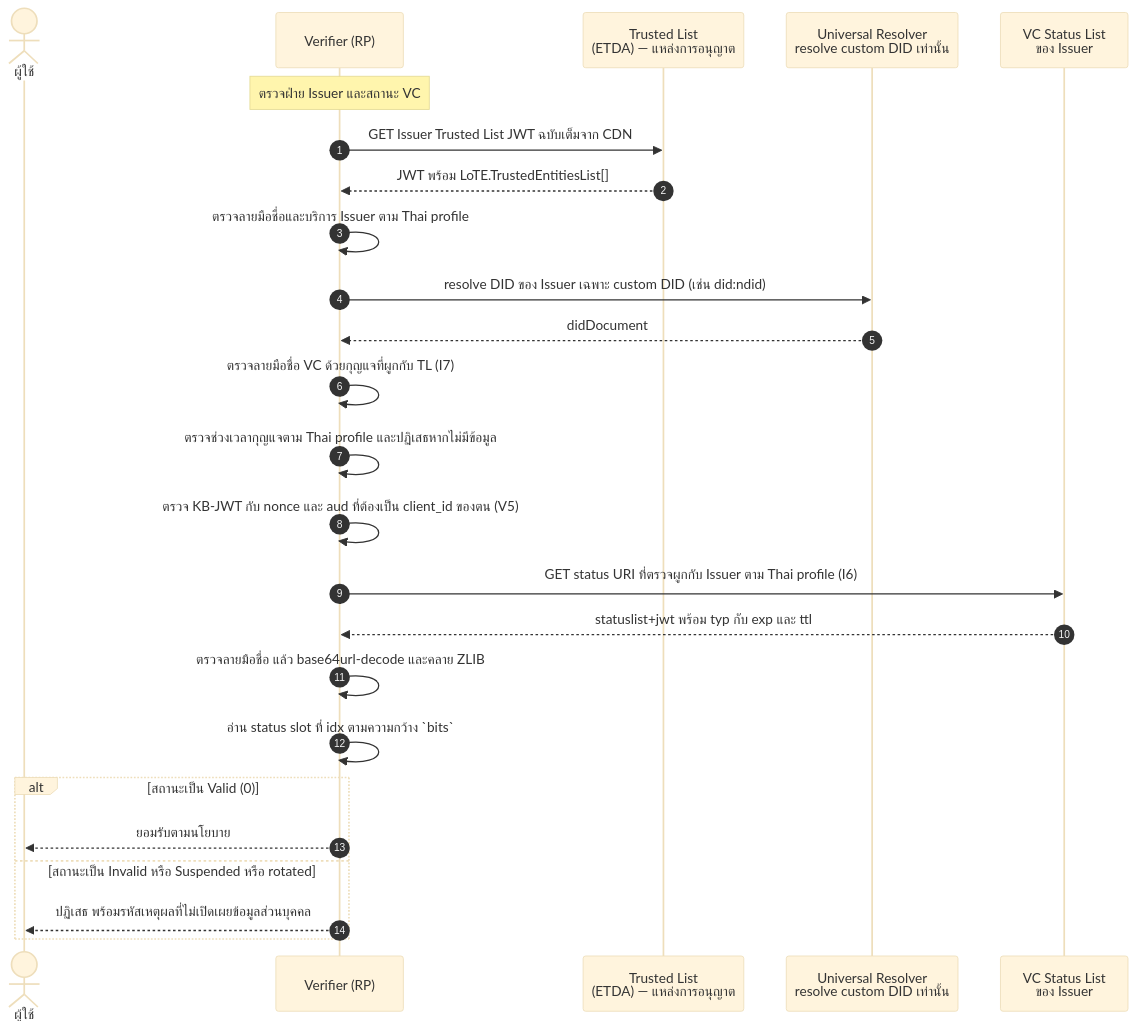
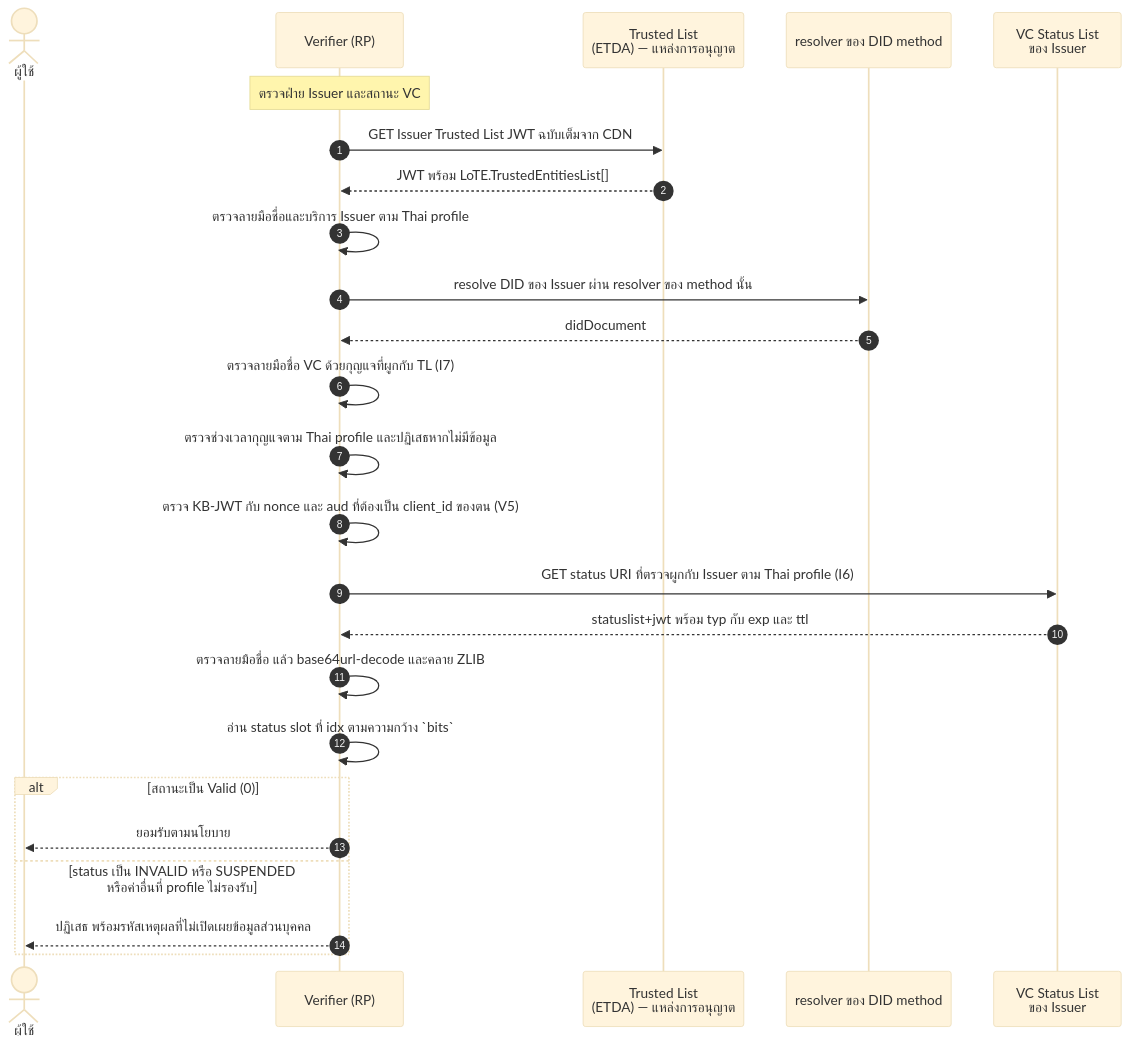
Before and after one commit to ETDA/vcdoc: the second of 7 diagrams in docs/thai-vc-arf/13-vc-status-and-revocation.md, drawn with Mermaid (base theme). The commit also changed other lines of this file and 22 other files, not shown here.

````diff
--- a/docs/thai-vc-arf/13-vc-status-and-revocation.md
+++ b/docs/thai-vc-arf/13-vc-status-and-revocation.md
@@ -175,29 +168,29 @@
 ```mermaid
 sequenceDiagram
     autonumber
     actor U as ผู้ใช้
     participant V as Verifier (RP)
     participant TL as Trusted List<br/>(ETDA) — แหล่งการอนุญาต
-    participant UR as Universal Resolver<br/>resolve custom DID เท่านั้น
+    participant UR as resolver ของ DID method
     participant VSL as VC Status List<br/>ของ Issuer
 
     Note over V: ตรวจฝ่าย Issuer และสถานะ VC
     V->>TL: GET Issuer Trusted List JWT ฉบับเต็มจาก CDN
     TL-->>V: JWT พร้อม LoTE.TrustedEntitiesList[]
     V->>V: ตรวจลายมือชื่อและบริการ Issuer ตาม Thai profile
-    V->>UR: resolve DID ของ Issuer เฉพาะ custom DID (เช่น did:ndid)
+    V->>UR: resolve DID ของ Issuer ผ่าน resolver ของ method นั้น
     UR-->>V: didDocument
     V->>V: ตรวจลายมือชื่อ VC ด้วยกุญแจที่ผูกกับ TL (I7)
     V->>V: ตรวจช่วงเวลากุญแจตาม Thai profile และปฏิเสธหากไม่มีข้อมูล
     V->>V: ตรวจ KB-JWT กับ nonce และ aud ที่ต้องเป็น client_id ของตน (V5)
     V->>VSL: GET status URI ที่ตรวจผูกกับ Issuer ตาม Thai profile (I6)
     VSL-->>V: statuslist+jwt พร้อม typ กับ exp และ ttl
     V->>V: ตรวจลายมือชื่อ แล้ว base64url-decode และคลาย ZLIB
     V->>V: อ่าน status slot ที่ idx ตามความกว้าง `bits`
 
     alt สถานะเป็น Valid (0)
         V-->>U: ยอมรับตามนโยบาย
-    else สถานะเป็น Invalid หรือ Suspended หรือ rotated
+    else status เป็น INVALID หรือ SUSPENDED หรือค่าอื่นที่ profile ไม่รองรับ
         V-->>U: ปฏิเสธ พร้อมรหัสเหตุผลที่ไม่เปิดเผยข้อมูลส่วนบุคคล
     end
 ```
````
